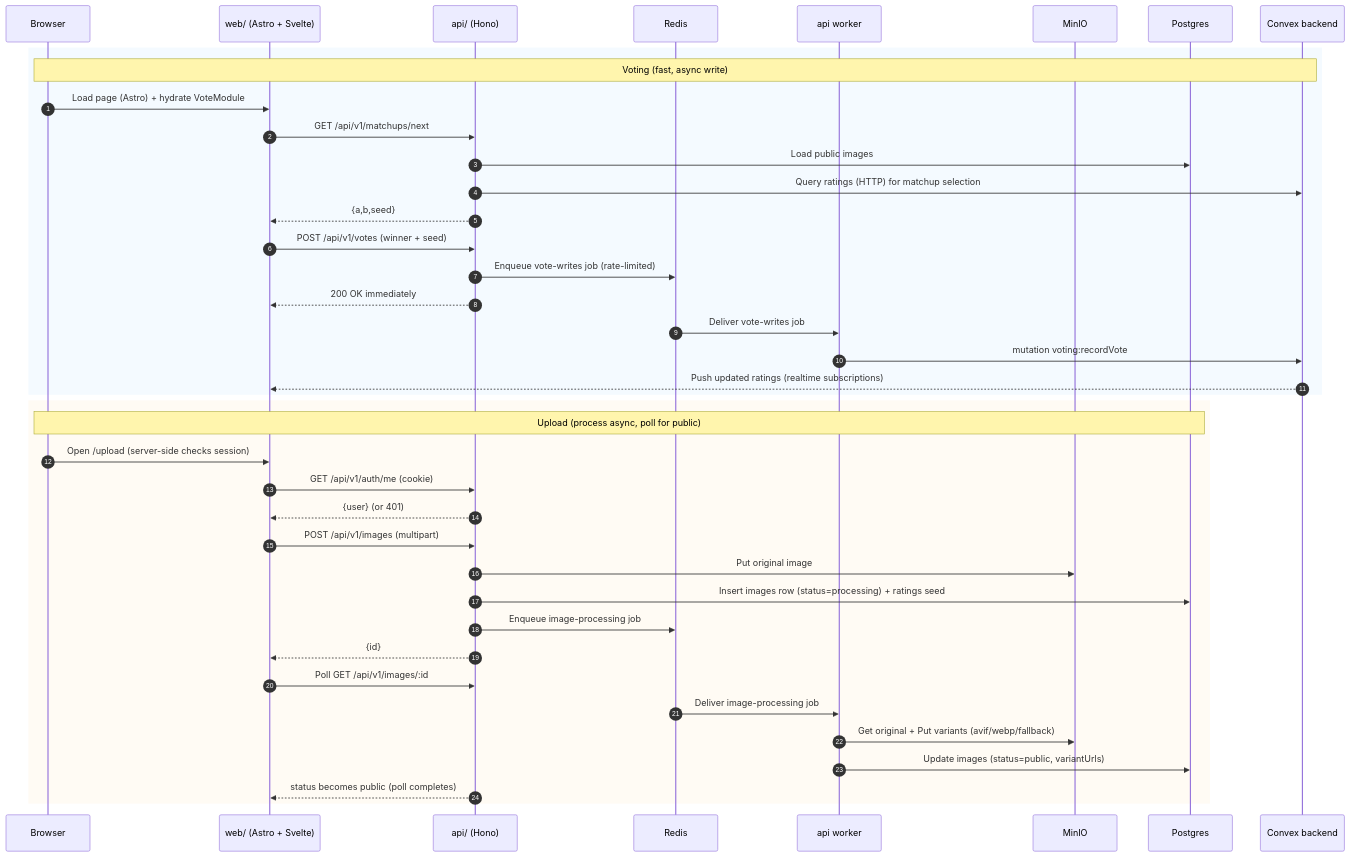
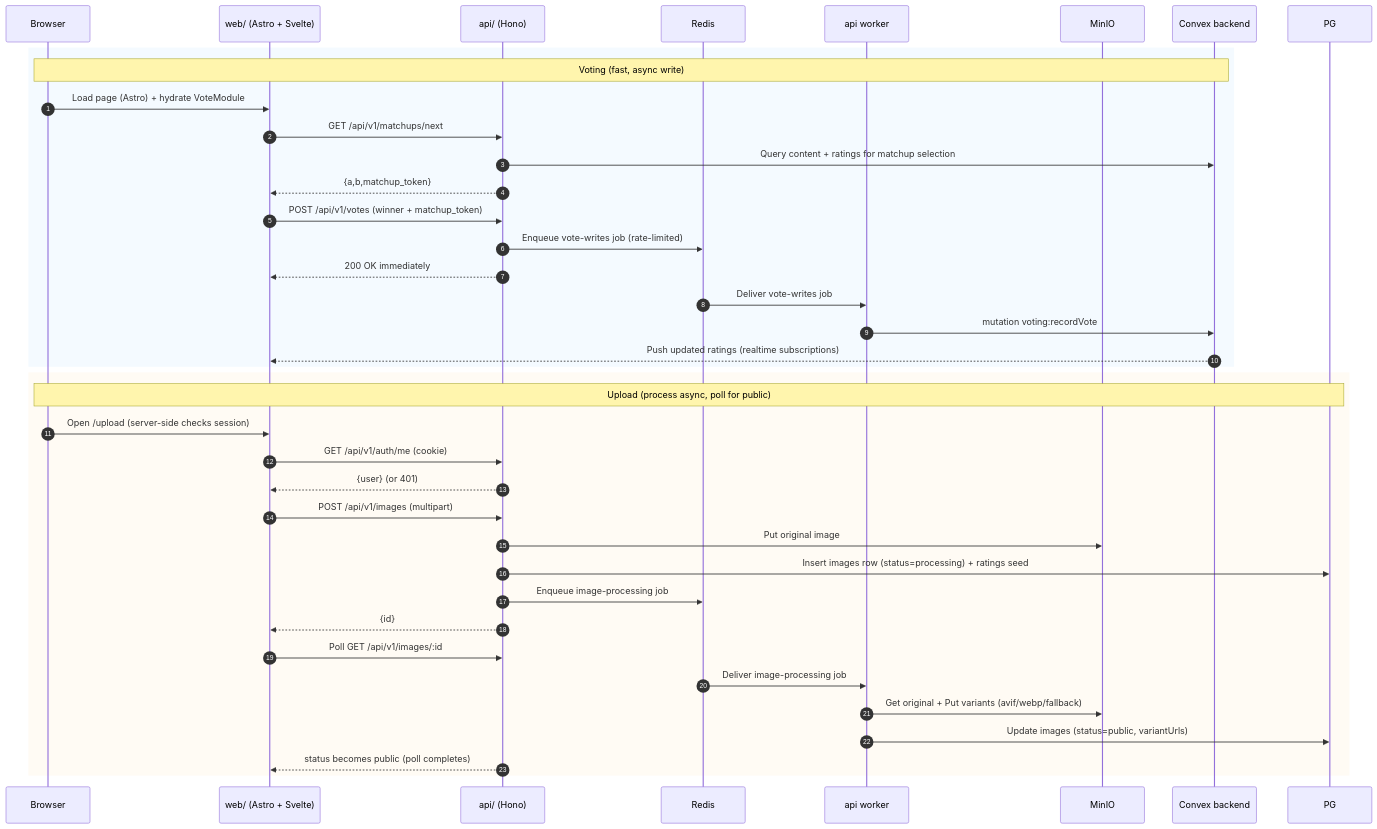
The second of 2 diagrams in CODEBASE_DIAGRAM.md (harryhosepipe/junkmail), drawn with Mermaid before and after one commit. The commit also changed other lines of this file and 3 other files, not shown here.

````diff
--- a/CODEBASE_DIAGRAM.md
+++ b/CODEBASE_DIAGRAM.md
@@ -117,44 +115,42 @@
 ```mermaid
 sequenceDiagram
   autonumber
   participant Browser
   participant Web as web/ (Astro + Svelte)
   participant API as api/ (Hono)
   participant Redis
   participant Worker as api worker
   participant MinIO
-  participant PG as Postgres
   participant Convex as Convex backend
 
   rect rgba(240,248,255,0.7)
     note over Browser,Convex: Voting (fast, async write)
     Browser->>Web: Load page (Astro) + hydrate VoteModule
     Web->>API: GET /api/v1/matchups/next
-    API->>PG: Load public images
-    API->>Convex: Query ratings (HTTP) for matchup selection
-    API-->>Web: {a,b,seed}
-    Web->>API: POST /api/v1/votes (winner + seed)
+    API->>Convex: Query content + ratings for matchup selection
+    API-->>Web: {a,b,matchup_token}
+    Web->>API: POST /api/v1/votes (winner + matchup_token)
     API->>Redis: Enqueue vote-writes job (rate-limited)
     API-->>Web: 200 OK immediately
     Redis->>Worker: Deliver vote-writes job
     Worker->>Convex: mutation voting:recordVote
     Convex-->>Web: Push updated ratings (realtime subscriptions)
   end
 
   rect rgba(255,250,240,0.7)
     note over Browser,PG: Upload (process async, poll for public)
     Browser->>Web: Open /upload (server-side checks session)
     Web->>API: GET /api/v1/auth/me (cookie)
     API-->>Web: {user} (or 401)
     Web->>API: POST /api/v1/images (multipart)
     API->>MinIO: Put original image
     API->>PG: Insert images row (status=processing) + ratings seed
     API->>Redis: Enqueue image-processing job
     API-->>Web: {id}
     Web->>API: Poll GET /api/v1/images/:id
     Redis->>Worker: Deliver image-processing job
     Worker->>MinIO: Get original + Put variants (avif/webp/fallback)
     Worker->>PG: Update images (status=public, variantUrls)
     API-->>Web: status becomes public (poll completes)
   end
 ```
````
